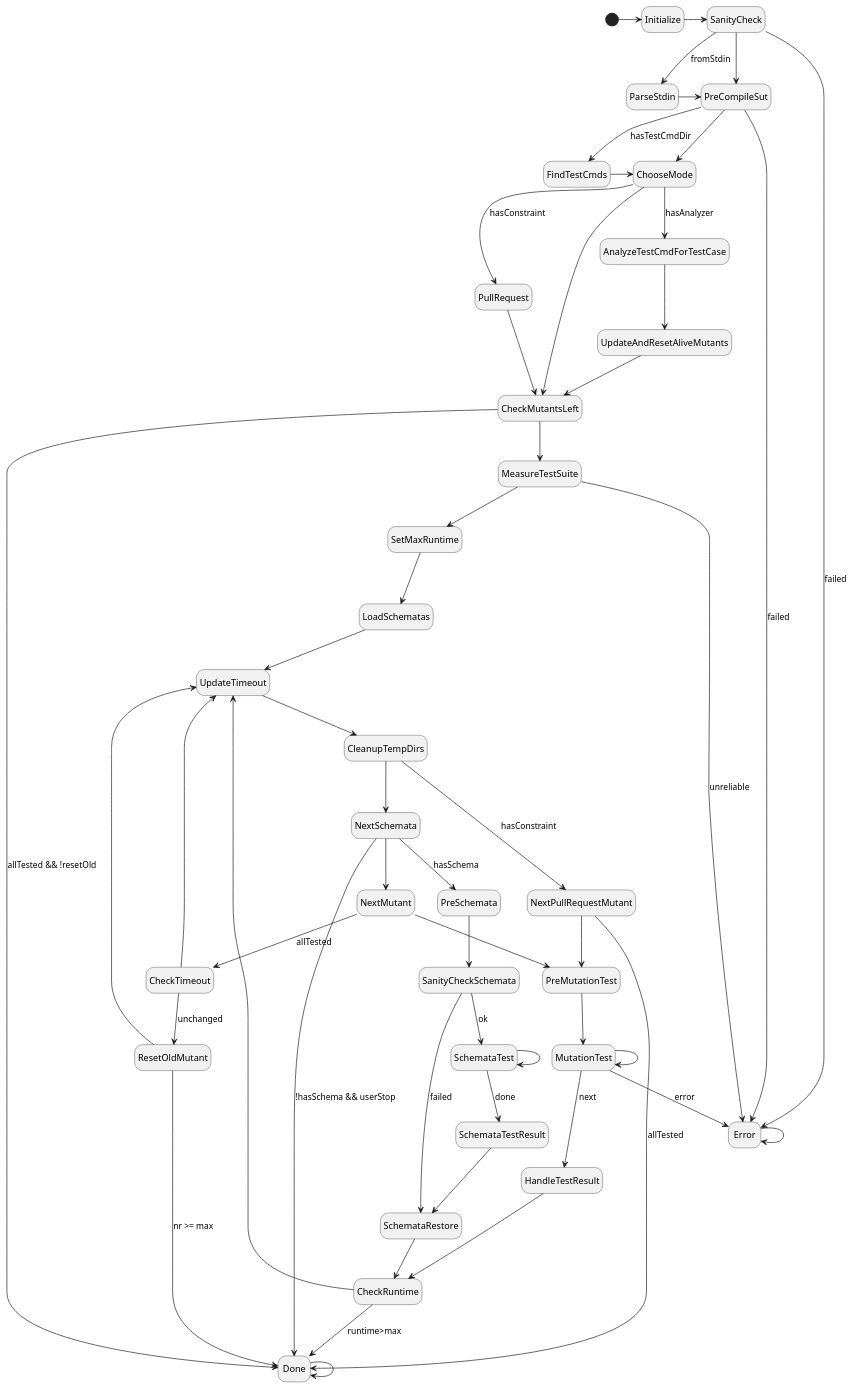
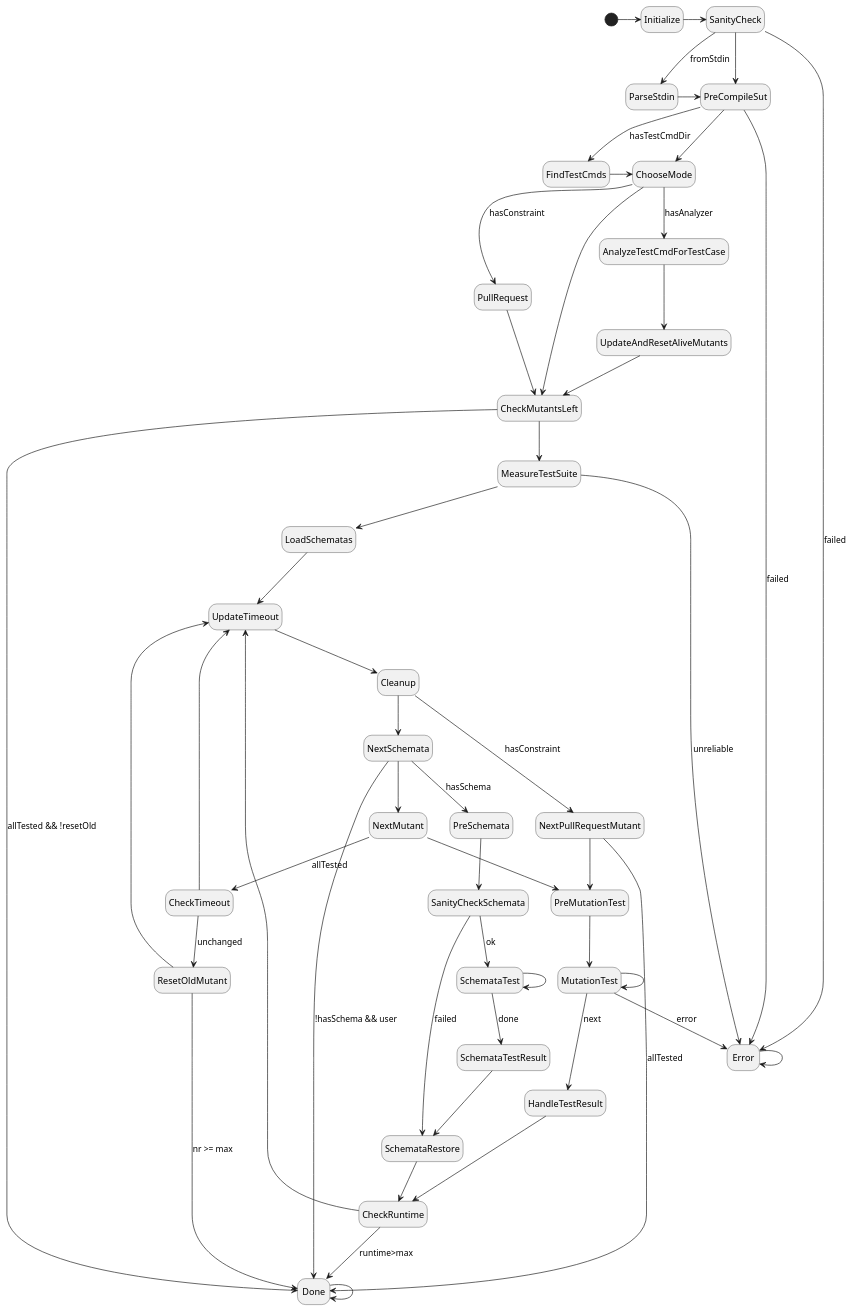
The diagram in plugin/mutate/doc/design/figures/test_mutant_fsm.pu (joakim-brannstrom/dextool), drawn with PlantUML before and after one commit. The commit also changed 5 other files, not shown here.

```diff
--- a/plugin/mutate/doc/design/figures/test_mutant_fsm.pu
+++ b/plugin/mutate/doc/design/figures/test_mutant_fsm.pu
@@ -1,80 +1,78 @@
 @startuml
 hide empty description
 
 [*] -> Initialize
 
 Initialize -> SanityCheck
 
 SanityCheck --> Error : failed
 SanityCheck --> ParseStdin : fromStdin
 SanityCheck -> PreCompileSut
 
 ParseStdin -> PreCompileSut
 
 PreCompileSut --> Error : failed
 PreCompileSut --> FindTestCmds : hasTestCmdDir
 PreCompileSut --> ChooseMode
 
 FindTestCmds -> ChooseMode
 
 ChooseMode --> AnalyzeTestCmdForTestCase : hasAnalyzer
 ChooseMode --> PullRequest : hasConstraint
 ChooseMode --> CheckMutantsLeft
 
 PullRequest -> CheckMutantsLeft
 
 AnalyzeTestCmdForTestCase --> UpdateAndResetAliveMutants
 
 UpdateAndResetAliveMutants --> CheckMutantsLeft
 
-UpdateTimeout --> CleanupTempDirs
+UpdateTimeout --> Cleanup
 
-CleanupTempDirs --> NextSchemata
-CleanupTempDirs --> NextPullRequestMutant : hasConstraint
+Cleanup --> NextSchemata
+Cleanup --> NextPullRequestMutant : hasConstraint
 
 CheckMutantsLeft --> Done : allTested && !resetOld
 CheckMutantsLeft --> MeasureTestSuite
 
 MeasureTestSuite --> Error : unreliable
-MeasureTestSuite --> SetMaxRuntime
-
-SetMaxRuntime --> LoadSchematas
+MeasureTestSuite --> LoadSchematas
 
 LoadSchematas --> UpdateTimeout
 
 CheckRuntime --> UpdateTimeout
 CheckRuntime --> Done : runtime>max
 
 NextPullRequestMutant --> PreMutationTest
 NextPullRequestMutant --> Done : allTested
 
 NextSchemata --> PreSchemata : hasSchema
-NextSchemata --> Done : !hasSchema && userStop
+NextSchemata --> Done : !hasSchema && user
 NextSchemata --> NextMutant
 PreSchemata --> SanityCheckSchemata
 SanityCheckSchemata --> SchemataRestore : failed
 SanityCheckSchemata --> SchemataTest : ok
 SchemataTest --> SchemataTest
 SchemataTest --> SchemataTestResult : done
 SchemataTestResult --> SchemataRestore
 SchemataRestore --> CheckRuntime
 
 NextMutant --> CheckTimeout : allTested
 NextMutant --> PreMutationTest
 PreMutationTest --> MutationTest
 MutationTest --> HandleTestResult : next
 MutationTest --> Error : error
 MutationTest --> MutationTest
 
 HandleTestResult --> CheckRuntime
 
 CheckTimeout --> ResetOldMutant : unchanged
 CheckTimeout --> UpdateTimeout
 
 ResetOldMutant --> UpdateTimeout
 ResetOldMutant --> Done : nr >= max
 
 Done --> Done
 
 Error --> Error
 @enduml
```
